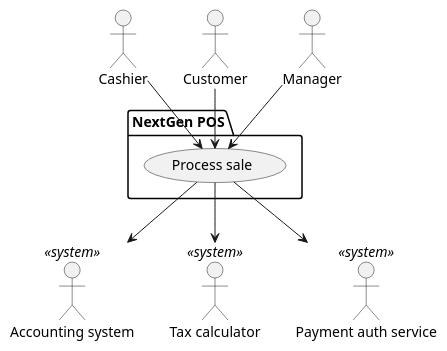
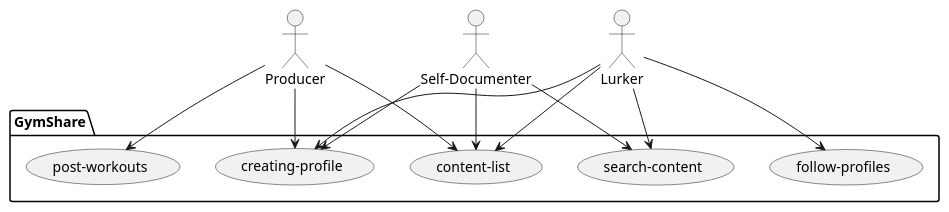
One commit to arun-guruswamy/workout-networking changed the diagram in doc/vision.md. Above: the diagram before and after it, drawn with PlantUML. The commit also changed other lines of this file, not shown here.

Commit message:
Updated PLantuml diagram

````diff
--- a/doc/vision.md
+++ b/doc/vision.md
@@ -50,23 +52,29 @@
 ```plantuml
 @startuml
 ' human actors
-actor "Cashier" as cashier
-actor "Customer" as customer
-actor "Manager" as manager
+actor "Producer" as Producer
+actor "Lurker" as Lurker
+actor "Self-Documenter" as SelfDocumenter
 ' system actors
-actor "Accounting system" <<system>> as accountingSystem
-actor "Tax calculator" <<system>> as taxCalculator
-actor "Payment auth service" <<system>> as payAuthService
 ' list all use cases in package
-package "NextGen POS"{
-usecase "Process sale" as procSale
+package "GymShare"{
+usecase "content-list" as contentlist
+usecase "creating-profile" as creatingprofile 
+usecase "post-workouts" as postworkouts 
+usecase "search-content" as searchcontent
+usecase "follow-profiles" as followprofiles 
+ 
 }
 ' list relationships between actors and use cases
-customer --> procSale
-cashier --> procSale
-manager --> procSale
-procSale --> accountingSystem
-procSale --> taxCalculator
-procSale --> payAuthService
+Producer --> creatingprofile
+Producer --> contentlist
+Producer --> postworkouts
+Lurker --> creatingprofile
+Lurker --> contentlist
+Lurker --> searchcontent
+Lurker --> followprofiles
+SelfDocumenter --> creatingprofile
+SelfDocumenter --> contentlist
+SelfDocumenter --> searchcontent
 @enduml
 ```
````
